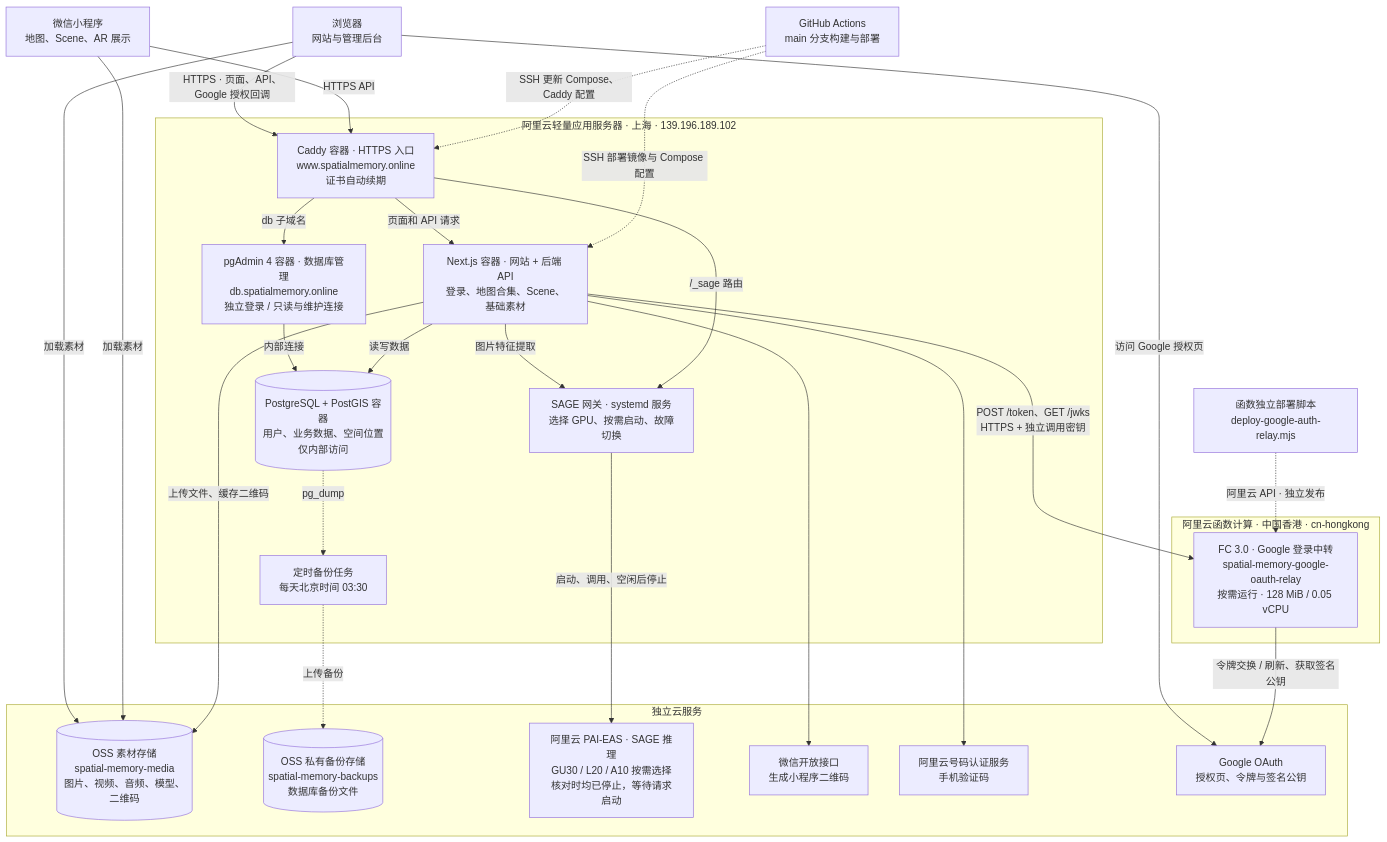
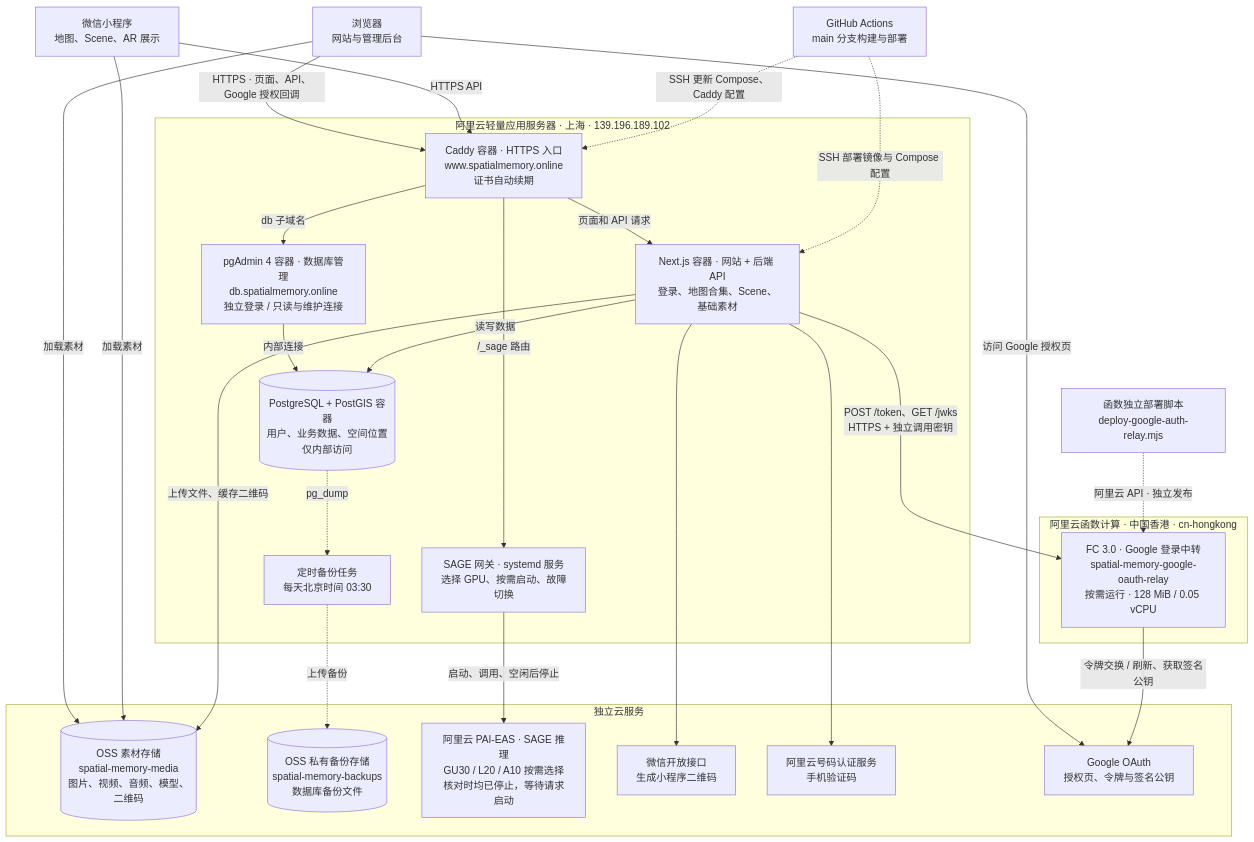
The diagram in docs/production-deployment.md (WangZhewei1027/spatial-memory), drawn with Mermaid before and after one commit. The commit also changed other lines of this file and 34 other files, not shown here.

````diff
--- a/docs/production-deployment.md
+++ b/docs/production-deployment.md
@@ -15,53 +15,52 @@
 ```mermaid
 flowchart TB
     WEB["浏览器<br/>网站与管理后台"]
     MINI["微信小程序<br/>地图、Scene、AR 展示"]
     CI["GitHub Actions<br/>main 分支构建与部署"]
     FC_DEPLOY["函数独立部署脚本<br/>deploy-google-auth-relay.mjs"]
 
     subgraph SERVER["阿里云轻量应用服务器 · 上海 · 139.196.189.102"]
         CADDY["Caddy 容器 · HTTPS 入口<br/>www.spatialmemory.online<br/>证书自动续期"]
         APP["Next.js 容器 · 网站 + 后端 API<br/>登录、地图合集、Scene、基础素材"]
         PGADMIN["pgAdmin 4 容器 · 数据库管理<br/>db.spatialmemory.online<br/>独立登录 / 只读与维护连接"]
         DB[("PostgreSQL + PostGIS 容器<br/>用户、业务数据、空间位置<br/>仅内部访问")]
         SAGE["SAGE 网关 · systemd 服务<br/>选择 GPU、按需启动、故障切换"]
         BACKUP["定时备份任务<br/>每天北京时间 03:30"]
 
         CADDY -->|"页面和 API 请求"| APP
         CADDY -->|"db 子域名"| PGADMIN
         PGADMIN -->|"内部连接"| DB
         APP -->|"读写数据"| DB
-        APP -->|"图片特征提取"| SAGE
         CADDY -->|"/_sage 路由"| SAGE
         DB -.->|"pg_dump"| BACKUP
     end
 
     subgraph CLOUD["独立云服务"]
         MEDIA[("OSS 素材存储<br/>spatial-memory-media<br/>图片、视频、音频、模型、二维码")]
         ARCHIVE[("OSS 私有备份存储<br/>spatial-memory-backups<br/>数据库备份文件")]
         GPU["阿里云 PAI-EAS · SAGE 推理<br/>GU30 / L20 / A10 按需选择<br/>核对时均已停止，等待请求启动"]
         WX["微信开放接口<br/>生成小程序二维码"]
         SMS["阿里云号码认证服务<br/>手机验证码"]
         GOOGLE["Google OAuth<br/>授权页、令牌与签名公钥"]
     end
 
     subgraph HONG_KONG["阿里云函数计算 · 中国香港 · cn-hongkong"]
         GOOGLE_RELAY["FC 3.0 · Google 登录中转<br/>spatial-memory-google-oauth-relay<br/>按需运行 · 128 MiB / 0.05 vCPU"]
     end
 
     WEB -->|"HTTPS · 页面、API、Google 授权回调"| CADDY
     WEB -->|"访问 Google 授权页"| GOOGLE
     MINI -->|"HTTPS API"| CADDY
     WEB -->|"加载素材"| MEDIA
     MINI -->|"加载素材"| MEDIA
     APP -->|"上传文件、缓存二维码"| MEDIA
     APP --> WX
     APP --> SMS
     APP -->|"POST /token、GET /jwks<br/>HTTPS + 独立调用密钥"| GOOGLE_RELAY
     GOOGLE_RELAY -->|"令牌交换 / 刷新、获取签名公钥"| GOOGLE
     SAGE -->|"启动、调用、空闲后停止"| GPU
     BACKUP -.->|"上传备份"| ARCHIVE
     CI -.->|"SSH 更新 Compose、Caddy 配置"| CADDY
     CI -.->|"SSH 部署镜像与 Compose 配置"| APP
     FC_DEPLOY -.->|"阿里云 API · 独立发布"| GOOGLE_RELAY
 ```
````
